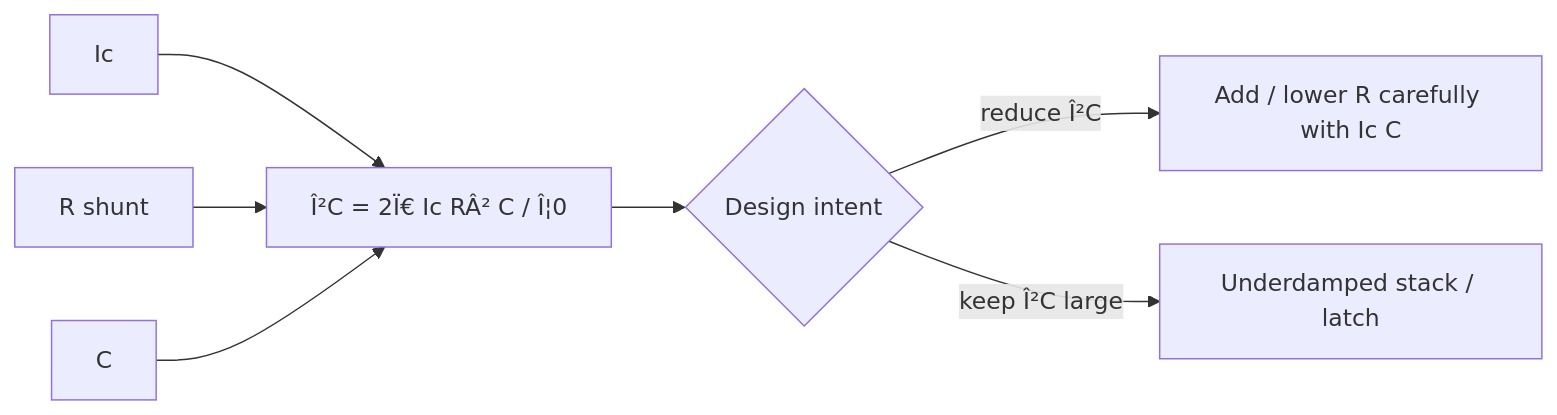
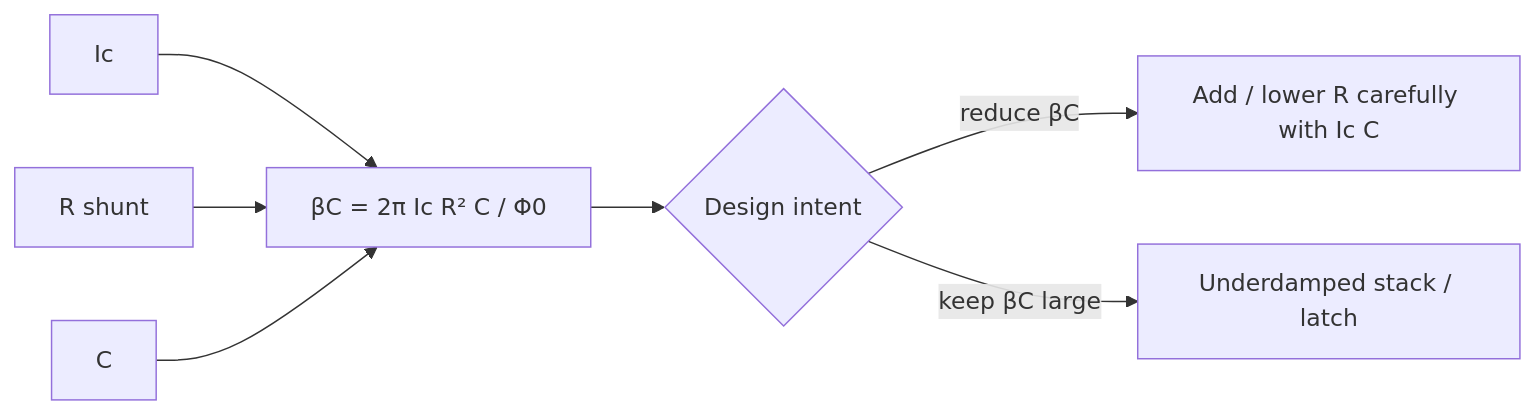
Before and after one commit to Single-Flux-Quantum/sfq-learn-public: the second of 2 diagrams in docs/fundamentals/overdamped-vs-underdamped-jj.md, drawn with Mermaid. The commit also changed other lines of this file and 39 other files, not shown here.

````diff
--- a/docs/fundamentals/overdamped-vs-underdamped-jj.md
+++ b/docs/fundamentals/overdamped-vs-underdamped-jj.md
@@ -71,9 +71,9 @@
 ```mermaid
 flowchart LR
-  Ic[Ic] --> Beta[Î²C = 2Ï€ Ic RÂ² C / Î¦0]
+  Ic[Ic] --> Beta[βC = 2π Ic R² C / Φ0]
   R[R shunt] --> Beta
   C[C] --> Beta
   Beta --> Design{Design intent}
-  Design -->|reduce Î²C| Shunt[Add / lower R carefully with Ic C]
-  Design -->|keep Î²C large| Under[Underdamped stack / latch]
+  Design -->|reduce βC| Shunt[Add / lower R carefully with Ic C]
+  Design -->|keep βC large| Under[Underdamped stack / latch]
 ```
````
